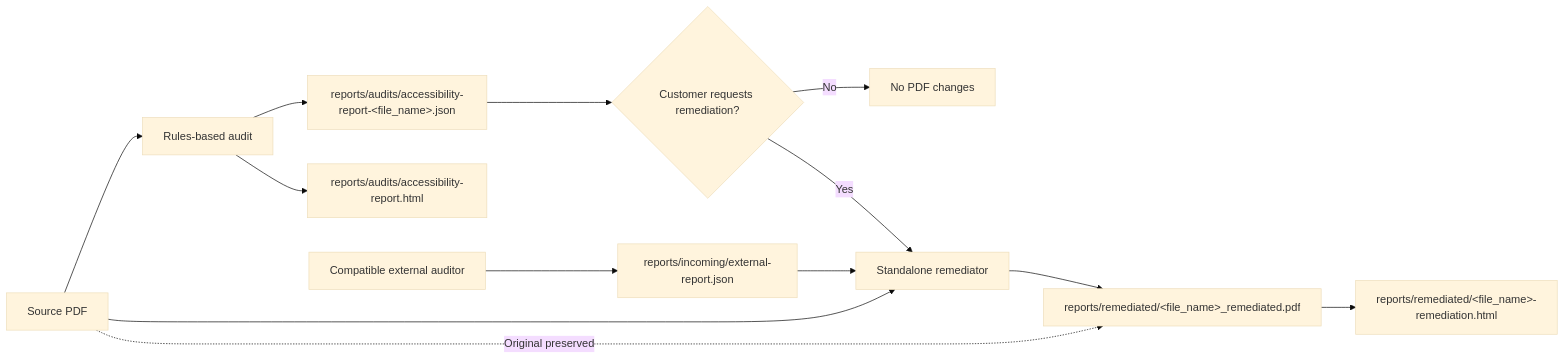
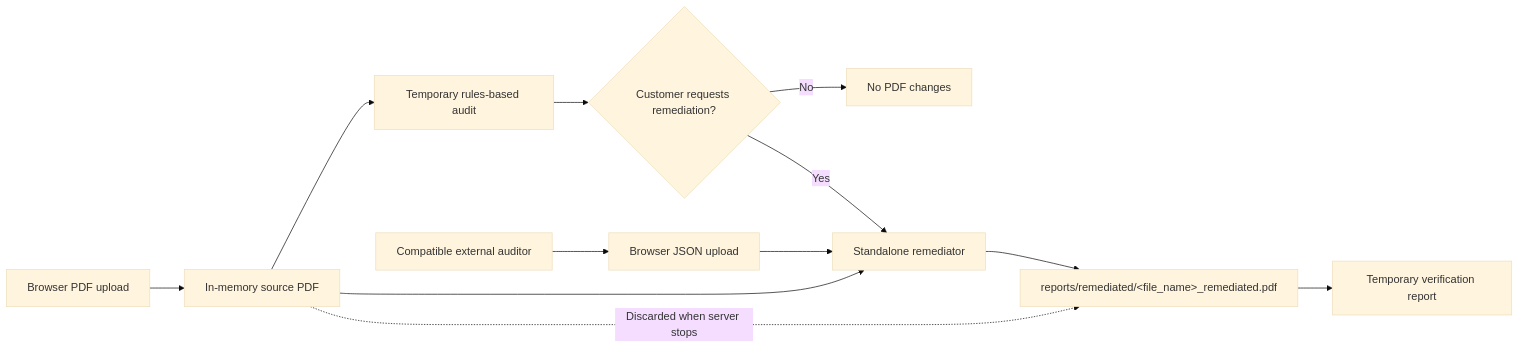
One commit to rayxfelipe/PDF-ADA-Remediator changed the diagram in README.md. Above: the diagram before and after it, drawn with Mermaid (base theme). The commit also changed other lines of this file and 4 other files, not shown here.

Commit message:
Add browser-first PDF upload workflow

````diff
--- a/README.md
+++ b/README.md
@@ -80,18 +78,17 @@
 ```mermaid
 flowchart LR
-    A["Source PDF"] --> B["Rules-based audit"]
-    B --> C["reports/audits/accessibility-report-&lt;file_name&gt;.json"]
-    B --> D["reports/audits/accessibility-report.html"]
+    A["Browser PDF upload"] --> B["In-memory source PDF"]
+    B --> C["Temporary rules-based audit"]
 
-    X["Compatible external auditor"] --> Y["reports/incoming/external-report.json"]
+    X["Compatible external auditor"] --> Y["Browser JSON upload"]
 
     C --> E{"Customer requests remediation?"}
     Y --> G
     E -- "No" --> F["No PDF changes"]
     E -- "Yes" --> G["Standalone remediator"]
-    A --> G
+    B --> G
     G --> H["reports/remediated/&lt;file_name&gt;_remediated.pdf"]
-    H --> I["reports/remediated/&lt;file_name&gt;-remediation.html"]
+    H --> I["Temporary verification report"]
 
-    A -. "Original preserved" .-> H
+    B -. "Discarded when server stops" .-> H
 ```
````
